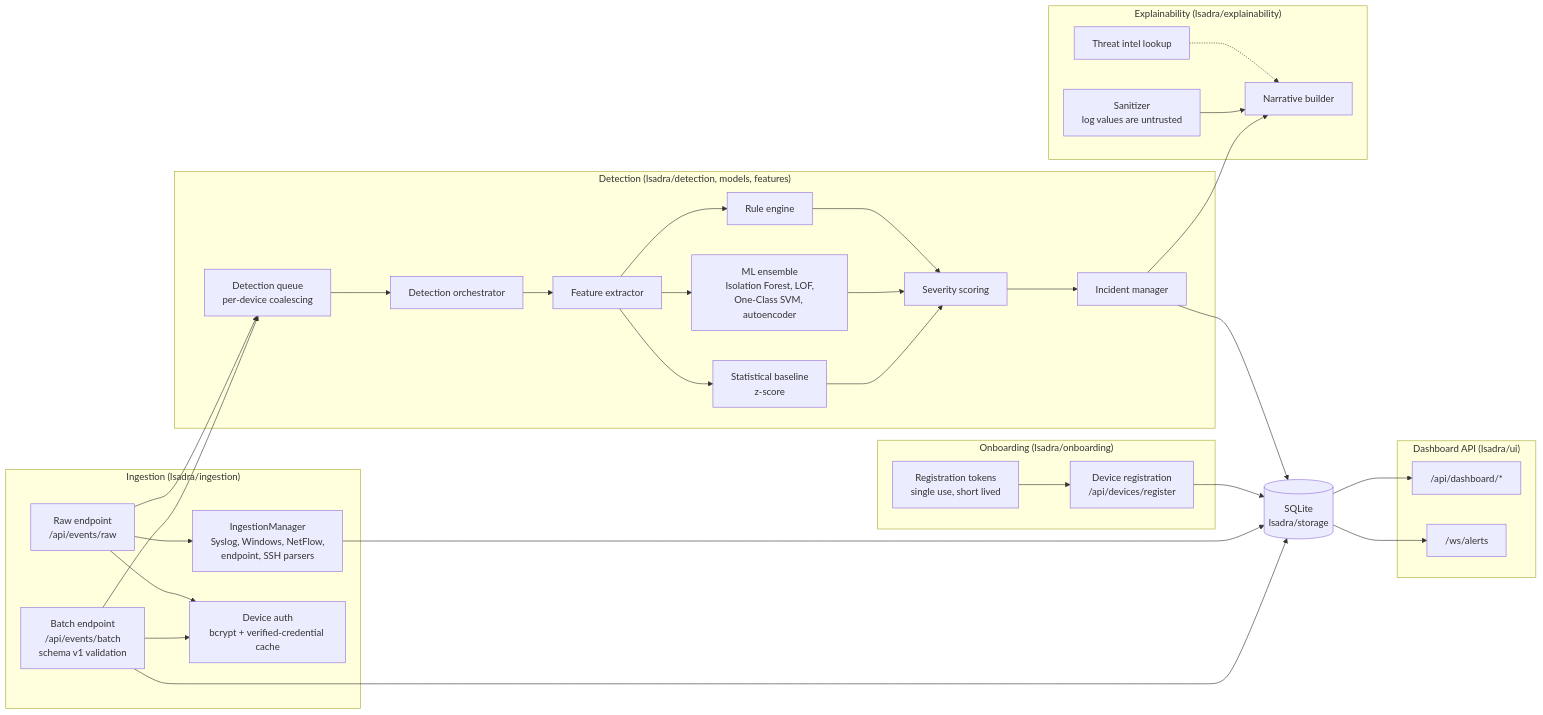
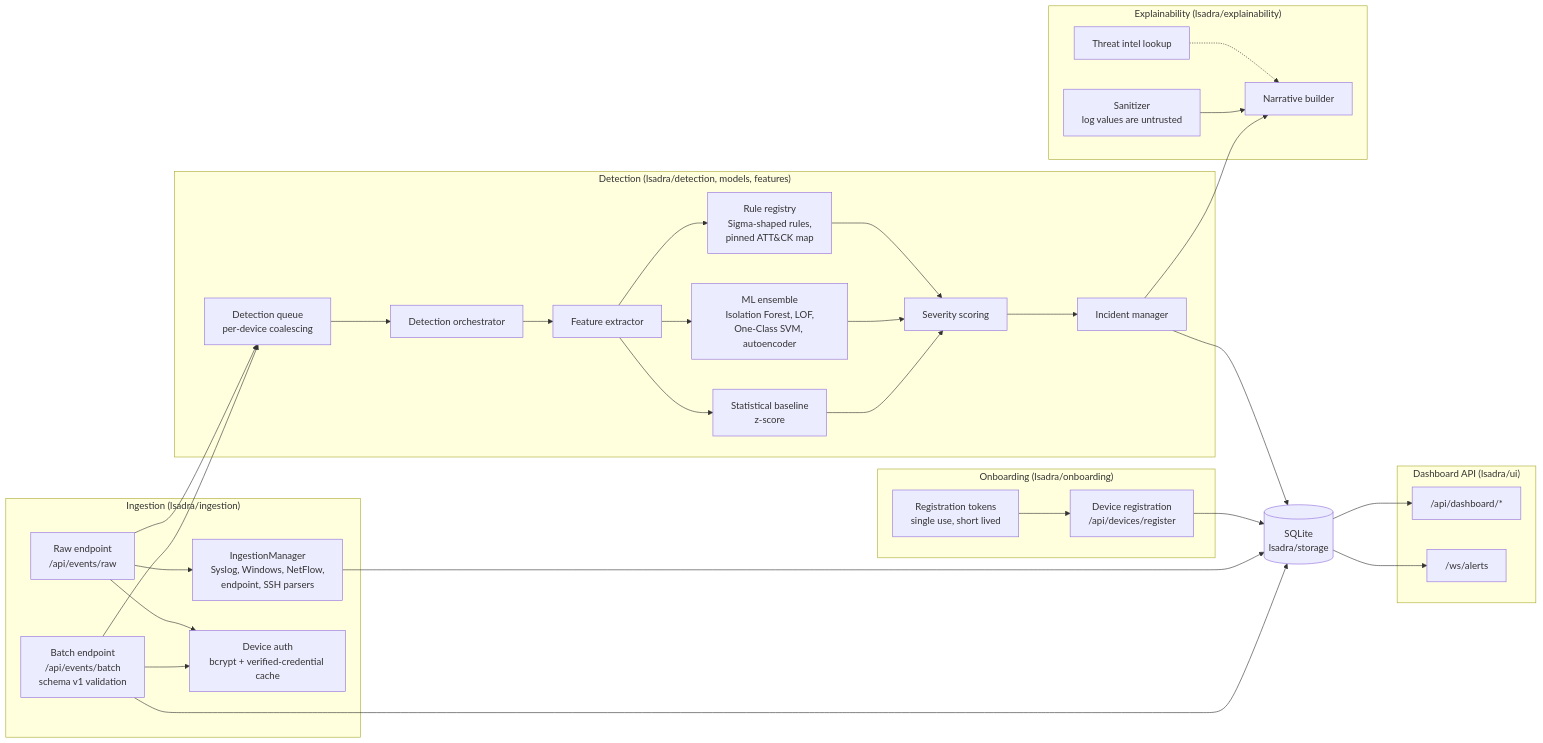
The third of 4 diagrams in docs/architecture/c4.md (tsmanral/lsadra), drawn with Mermaid before and after one commit. The commit also changed 1 other file, not shown here.

Commit message:
docs: describe the live rule registry and pinned ATT&CK map in the architecture docs
Claude-Session: https://claude.ai/code/session_013hvzUCrnNT5Qb3KdMaLJ3G

````diff
--- a/docs/architecture/c4.md
+++ b/docs/architecture/c4.md
@@ -94,63 +94,63 @@
 ```mermaid
 flowchart LR
     subgraph ingest["Ingestion (lsadra/ingestion)"]
         batch["Batch endpoint<br/>/api/events/batch<br/>schema v1 validation"]
         raw["Raw endpoint<br/>/api/events/raw"]
         mgr["IngestionManager<br/>Syslog, Windows, NetFlow,<br/>endpoint, SSH parsers"]
         devauth["Device auth<br/>bcrypt + verified-credential cache"]
     end
 
     subgraph onboard["Onboarding (lsadra/onboarding)"]
         reg["Device registration<br/>/api/devices/register"]
         tok["Registration tokens<br/>single use, short lived"]
     end
 
     subgraph detect["Detection (lsadra/detection, models, features)"]
         queue["Detection queue<br/>per-device coalescing"]
         orch["Detection orchestrator"]
         feat["Feature extractor"]
         base["Statistical baseline<br/>z-score"]
         ens["ML ensemble<br/>Isolation Forest, LOF,<br/>One-Class SVM, autoencoder"]
-        rules["Rule engine"]
+        rules["Rule registry<br/>Sigma-shaped rules,<br/>pinned ATT&CK map"]
         sev["Severity scoring"]
         inc["Incident manager"]
     end
 
     subgraph explain["Explainability (lsadra/explainability)"]
         narr["Narrative builder"]
         san["Sanitizer<br/>log values are untrusted"]
         intel["Threat intel lookup"]
     end
 
     subgraph ui["Dashboard API (lsadra/ui)"]
         dash["/api/dashboard/*"]
         ws["/ws/alerts"]
     end
 
     store[("SQLite<br/>lsadra/storage")]
 
     batch --> devauth
     raw --> devauth
     raw --> mgr
     batch --> store
     mgr --> store
     batch --> queue
     raw --> queue
     tok --> reg
     reg --> store
     queue --> orch
     orch --> feat
     feat --> base
     feat --> ens
     feat --> rules
     base --> sev
     ens --> sev
     rules --> sev
     sev --> inc
     inc --> narr
     san --> narr
     intel -.-> narr
     inc --> store
     store --> dash
     store --> ws
 ```
````
